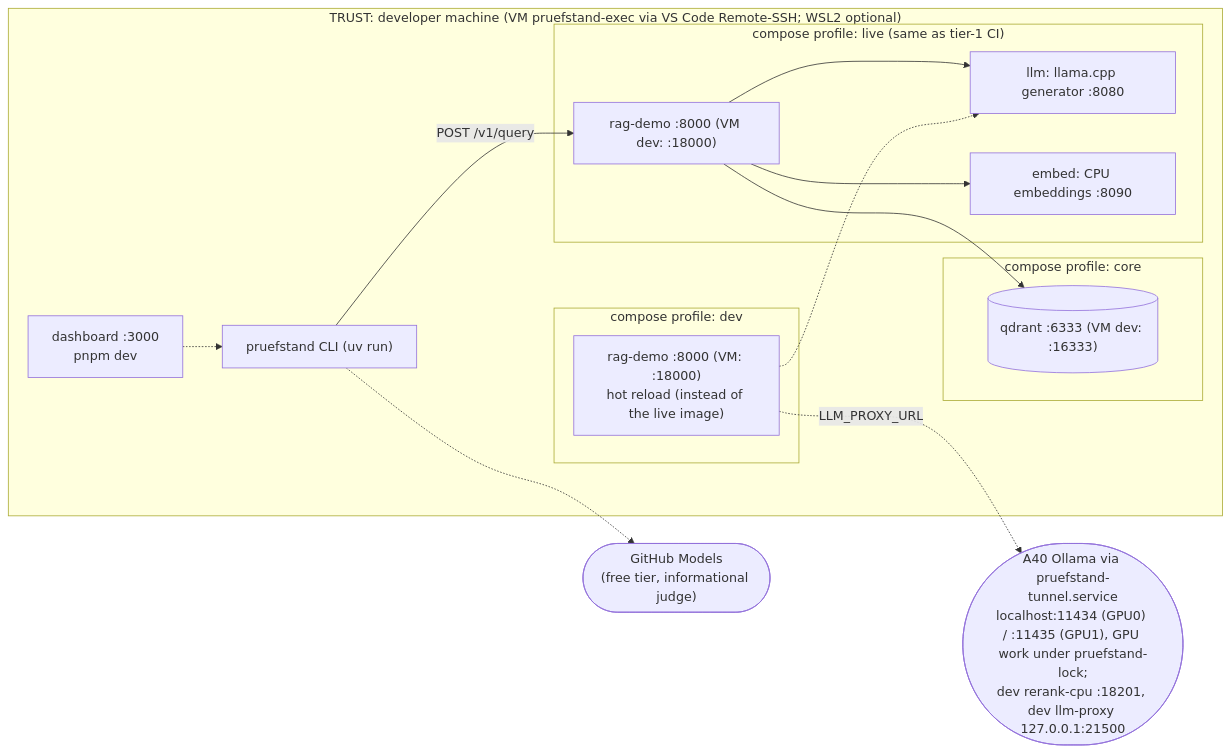
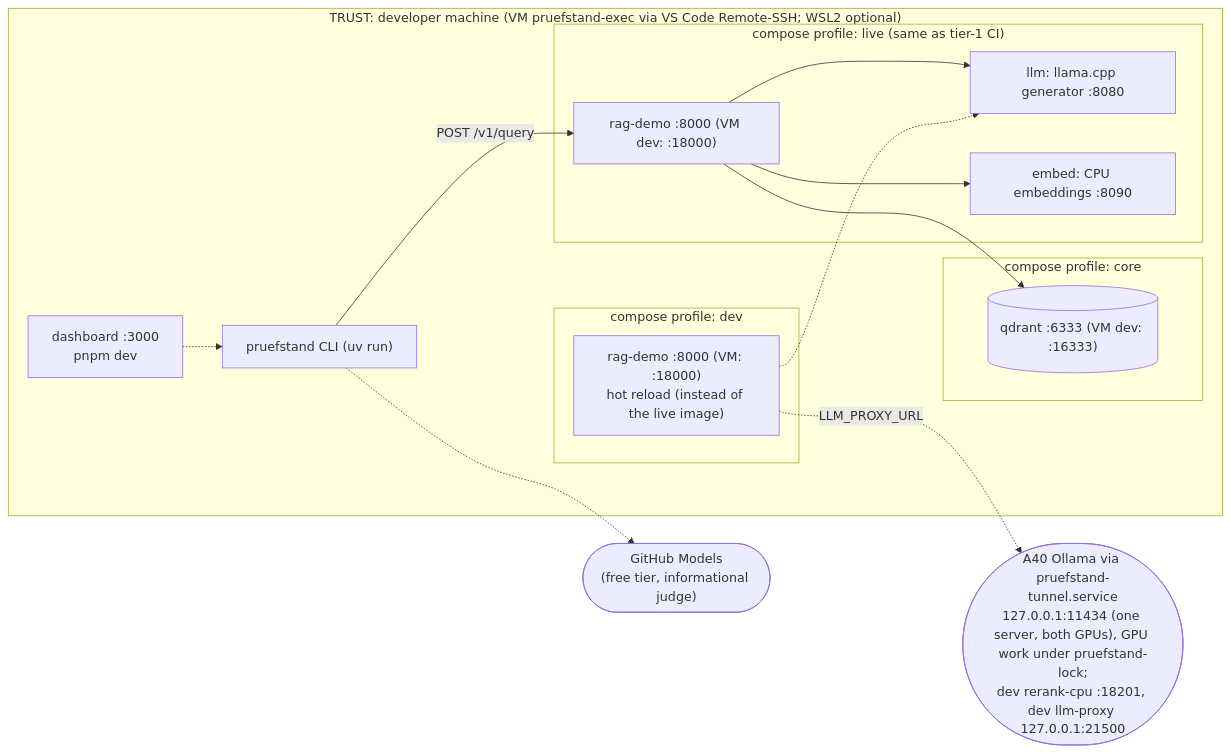
One commit to dheena18/pruefstand changed the first of 5 diagrams in docs/architecture/deployment.md. Above: the diagram before and after it, drawn with Mermaid. The commit also changed other lines of this file and 44 other files, not shown here.

First line of the commit message:
docs: record cluster setup and switch to one Ollama server (ADR-0018)

````diff
--- a/docs/architecture/deployment.md
+++ b/docs/architecture/deployment.md
@@ -23,29 +23,29 @@
 ```mermaid
 flowchart LR
     subgraph LAPTOP["TRUST: developer machine (VM pruefstand-exec via VS Code Remote-SSH; WSL2 optional)"]
         cli["pruefstand CLI (uv run)"]
         subgraph core["compose profile: core"]
             qd[("qdrant :6333 (VM dev: :16333)")]
         end
         subgraph live["compose profile: live (same as tier-1 CI)"]
             llama["llm: llama.cpp generator :8080"]
             emb["embed: CPU embeddings :8090"]
             ragl["rag-demo :8000 (VM dev: :18000)"]
         end
         subgraph dev["compose profile: dev"]
             rag["rag-demo :8000 (VM: :18000)<br/>hot reload (instead of the live image)"]
         end
         dash["dashboard :3000<br/>pnpm dev"]
     end
-    tun(["A40 Ollama via pruefstand-tunnel.service<br/>localhost:11434 (GPU0) / :11435 (GPU1), GPU work under pruefstand-lock;<br/>dev rerank-cpu :18201, dev llm-proxy 127.0.0.1:21500"])
+    tun(["A40 Ollama via pruefstand-tunnel.service<br/>127.0.0.1:11434 (one server, both GPUs), GPU work under pruefstand-lock;<br/>dev rerank-cpu :18201, dev llm-proxy 127.0.0.1:21500"])
     ghm(["GitHub Models<br/>(free tier, informational judge)"])
 
     cli -->|"POST /v1/query"| ragl
     cli -.-> ghm
     ragl --> llama
     ragl --> emb
     ragl --> qd
     rag -.-> llama
     rag -.->|"LLM_PROXY_URL"| tun
     dash -.-> cli
 ```
````
